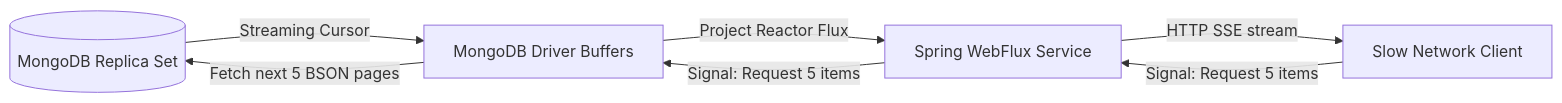
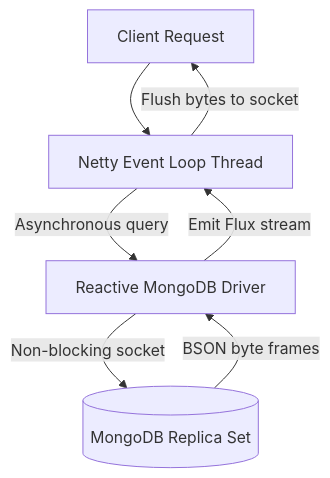
One commit to BaoTo12/learning-repo changed the diagram in courses/spring-mongodb-mastery/modules/08-reactive-spring-data-mongodb.md. Above: the diagram before and after it, drawn with Mermaid. The commit also changed other lines of this file and 598 other files, not shown here.

````diff
--- a/courses/spring-mongodb-mastery/modules/08-reactive-spring-data-mongodb.md
+++ b/courses/spring-mongodb-mastery/modules/08-reactive-spring-data-mongodb.md
@@ -234,9 +33,9 @@
 ```mermaid
-graph LR
-    A[(MongoDB Replica Set)] -->|Streaming Cursor| B[MongoDB Driver Buffers]
-    B -->|Project Reactor Flux| C[Spring WebFlux Service]
-    C -->|HTTP SSE stream| D[Slow Network Client]
-    D -->|Signal: Request 5 items| C
-    C -->|Signal: Request 5 items| B
-    B -->|Fetch next 5 BSON pages| A
+graph TD
+    Client[Client Request] --> NettyEventLoop[Netty Event Loop Thread]
+    NettyEventLoop -->|Asynchronous query| ReactiveDriver[Reactive MongoDB Driver]
+    ReactiveDriver -->|Non-blocking socket| DB[(MongoDB Replica Set)]
+    DB -->|BSON byte frames| ReactiveDriver
+    ReactiveDriver -->|Emit Flux stream| NettyEventLoop
+    NettyEventLoop -->|Flush bytes to socket| Client
 ```
````
